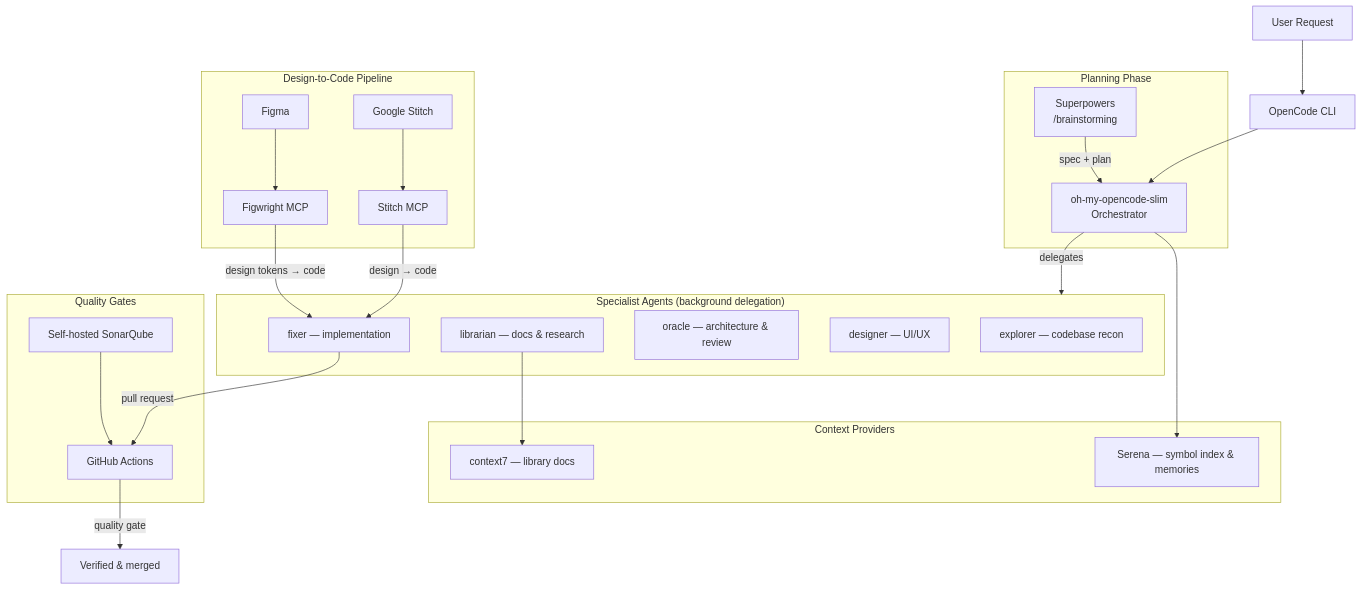
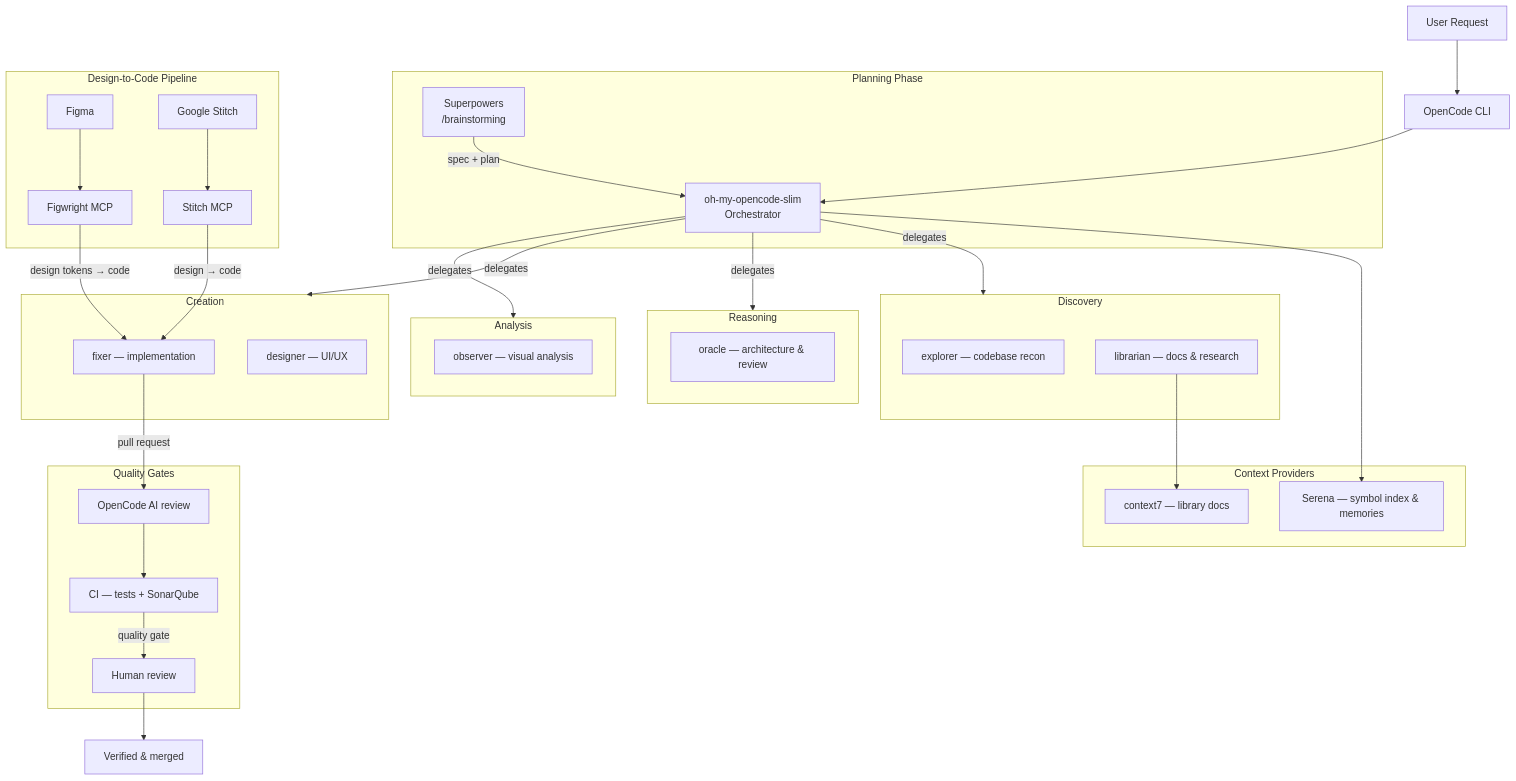
Before and after one commit to daryllmagsombol/ai-workflow: the diagram in README.md, drawn with Mermaid. The commit also changed other lines of this file and 1 other file, not shown here.

````diff
--- a/README.md
+++ b/README.md
@@ -8,41 +28,58 @@
 ```mermaid
 flowchart TD
     User["User Request"] --> OC["OpenCode CLI"]
     OC --> OMO["oh-my-opencode-slim<br/>Orchestrator"]
 
     subgraph Planning["Planning Phase"]
         SP["Superpowers<br/>/brainstorming"] -->|"spec + plan"| OMO
     end
 
-    subgraph Specialists["Specialist Agents (background delegation)"]
+    subgraph Discovery["Discovery"]
         EXP["explorer — codebase recon"]
         LIB["librarian — docs & research"]
+    end
+
+    subgraph Reasoning["Reasoning"]
         ORA["oracle — architecture & review"]
+    end
+
+    subgraph Creation["Creation"]
         DES["designer — UI/UX"]
         FIX["fixer — implementation"]
     end
 
-    OMO -->|"delegates"| Specialists
+    subgraph Analysis["Analysis"]
+        OBS["observer — visual analysis"]
+    end
+
+    OMO -->|"delegates"| Discovery
+    OMO -->|"delegates"| Reasoning
+    OMO -->|"delegates"| Creation
+    OMO -->|"delegates"| Analysis
 
     subgraph Context["Context Providers"]
         SER["Serena — symbol index & memories"]
         C7["context7 — library docs"]
     end
 
     LIB --> C7
     OMO --> SER
 
     subgraph Design["Design-to-Code Pipeline"]
         FIG["Figma"] --> FW["Figwright MCP"]
         ST["Google Stitch"] --> SM["Stitch MCP"]
         FW -->|"design tokens → code"| FIX
         SM -->|"design → code"| FIX
     end
 
     subgraph Quality["Quality Gates"]
-        SQ["Self-hosted SonarQube"] --> GH["GitHub Actions"]
+        OR["OpenCode AI review"]
+        CI["CI — tests + SonarQube"]
+        HR["Human review"]
     end
 
-    FIX -->|"pull request"| GH
-    GH -->|"quality gate"| DONE["Verified & merged"]
+    FIX -->|"pull request"| OR
+    OR --> CI
+    CI -->|"quality gate"| HR
+    HR --> DONE["Verified & merged"]
 ```
````
